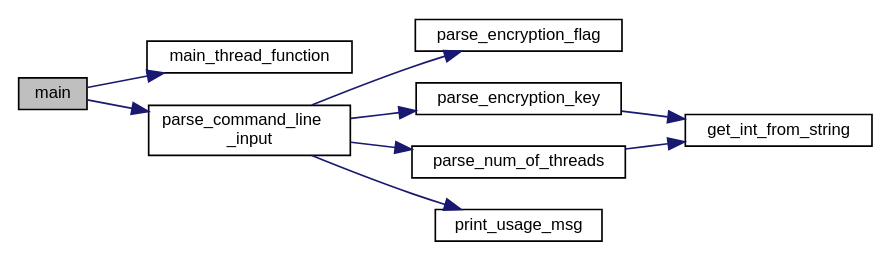
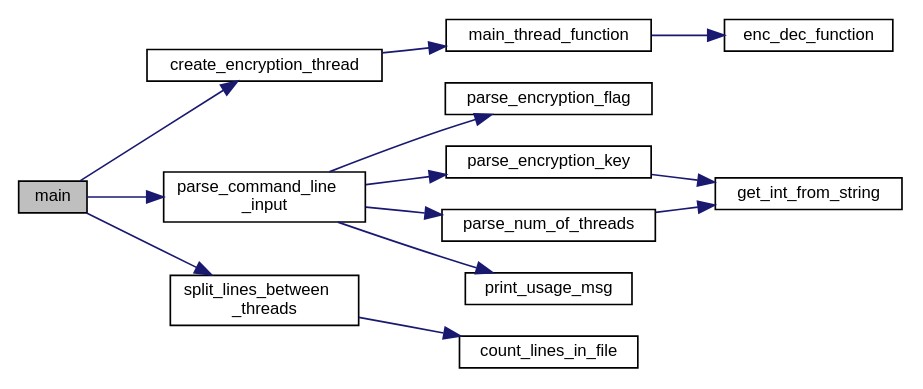
One commit to LevyMatan/ISP_ex2_doc changed the diagram in ceasar_8c_a0ddf1224851353fc92bfbff6f499fa97_cgraph.dot. Above: the diagram before and after it, drawn with Graphviz. The commit also changed 145 other files, not shown here.

```diff
--- a/ceasar_8c_a0ddf1224851353fc92bfbff6f499fa97_cgraph.dot
+++ b/ceasar_8c_a0ddf1224851353fc92bfbff6f499fa97_cgraph.dot
@@ -1,24 +1,32 @@
 digraph "main"
 {
  // INTERACTIVE_SVG=YES
  // LATEX_PDF_SIZE
   edge [fontname="Helvetica",fontsize="10",labelfontname="Helvetica",labelfontsize="10"];
   node [fontname="Helvetica",fontsize="10",shape=record];
   rankdir="LR";
   Node1 [label="main",height=0.2,width=0.4,color="black", fillcolor="grey75", style="filled", fontcolor="black",tooltip="Encrypts or decrypts a message from a file."];
   Node1 -> Node2 [color="midnightblue",fontsize="10",style="solid",fontname="Helvetica"];
-  Node2 [label="main_thread_function",height=0.2,width=0.4,color="black", fillcolor="white", style="filled",URL="$ceasar_8c.html#aa93e444869e63b9670ab781c0dcfdc0b",tooltip="TODO: Vladimir - Fill detailed description of the function. This info should include both calling ins..."];
-  Node1 -> Node3 [color="midnightblue",fontsize="10",style="solid",fontname="Helvetica"];
-  Node3 [label="parse_command_line\l_input",height=0.2,width=0.4,color="black", fillcolor="white", style="filled",URL="$command__line__parsing_8c.html#a7a13f0dfd36addcfec438077d15dd898",tooltip="parsing the command line, validates input integrity and fills the arg structure. CAUTION: This functi..."];
+  Node2 [label="create_encryption_thread",height=0.2,width=0.4,color="black", fillcolor="white", style="filled",URL="$ceasar_8c.html#a974c632b3fd596bdbcea64f6b7bebb05",tooltip="Create a encryption thread object A wrapper to main_thread_fucntion which does the actual encryption ..."];
+  Node2 -> Node3 [color="midnightblue",fontsize="10",style="solid",fontname="Helvetica"];
+  Node3 [label="main_thread_function",height=0.2,width=0.4,color="black", fillcolor="white", style="filled",URL="$ceasar_8c.html#aba99dfe8486be1aa10c6fe1f8bc21577",tooltip="TODO: Vladimir - Fill detailed description of the function. This info should include both calling ins..."];
   Node3 -> Node4 [color="midnightblue",fontsize="10",style="solid",fontname="Helvetica"];
-  Node4 [label="parse_encryption_flag",height=0.2,width=0.4,color="black", fillcolor="white", style="filled",URL="$command__line__parsing_8c.html#ad2694b3357723eb17df26f215281b0f7",tooltip="converts string to mode. Validates string is one of the allowed flags \"-e\" or \"-d\"."];
-  Node3 -> Node5 [color="midnightblue",fontsize="10",style="solid",fontname="Helvetica"];
-  Node5 [label="parse_encryption_key",height=0.2,width=0.4,color="black", fillcolor="white", style="filled",URL="$command__line__parsing_8c.html#aa7ac972d9fe42180a802bb9bd2fa6113",tooltip="Extracts encryption key integer from string."];
+  Node4 [label="enc_dec_function",height=0.2,width=0.4,color="black", fillcolor="white", style="filled",URL="$enc__dec__function_8c.html#a413faf403e96504269bd8ed0336ae927",tooltip="TODO: Vladimir."];
+  Node1 -> Node5 [color="midnightblue",fontsize="10",style="solid",fontname="Helvetica"];
+  Node5 [label="parse_command_line\l_input",height=0.2,width=0.4,color="black", fillcolor="white", style="filled",URL="$command__line__parsing_8c.html#a7a13f0dfd36addcfec438077d15dd898",tooltip="parsing the command line, validates input integrity and fills the arg structure. CAUTION: This functi..."];
   Node5 -> Node6 [color="midnightblue",fontsize="10",style="solid",fontname="Helvetica"];
-  Node6 [label="get_int_from_string",height=0.2,width=0.4,color="black", fillcolor="white", style="filled",URL="$command__line__parsing_8c.html#aa4965c76b8fecd2e444ff58293f1ff09",tooltip="Get the int from string object extract digits character from string."];
-  Node3 -> Node7 [color="midnightblue",fontsize="10",style="solid",fontname="Helvetica"];
-  Node7 [label="parse_num_of_threads",height=0.2,width=0.4,color="black", fillcolor="white", style="filled",URL="$command__line__parsing_8c.html#a0e2ff4f77b75fe9fa4a66fa484344b35",tooltip="converts string to int. Validates string has only numbers."];
-  Node7 -> Node6 [color="midnightblue",fontsize="10",style="solid",fontname="Helvetica"];
-  Node3 -> Node8 [color="midnightblue",fontsize="10",style="solid",fontname="Helvetica"];
-  Node8 [label="print_usage_msg",height=0.2,width=0.4,color="black", fillcolor="white", style="filled",URL="$command__line__parsing_8c.html#a3e2c45f563fe312051564da5922fc741",tooltip="print the command line usage for Ceasar program."];
+  Node6 [label="parse_encryption_flag",height=0.2,width=0.4,color="black", fillcolor="white", style="filled",URL="$command__line__parsing_8c.html#ad2694b3357723eb17df26f215281b0f7",tooltip="converts string to mode. Validates string is one of the allowed flags \"-e\" or \"-d\"."];
+  Node5 -> Node7 [color="midnightblue",fontsize="10",style="solid",fontname="Helvetica"];
+  Node7 [label="parse_encryption_key",height=0.2,width=0.4,color="black", fillcolor="white", style="filled",URL="$command__line__parsing_8c.html#aa7ac972d9fe42180a802bb9bd2fa6113",tooltip="Extracts encryption key integer from string."];
+  Node7 -> Node8 [color="midnightblue",fontsize="10",style="solid",fontname="Helvetica"];
+  Node8 [label="get_int_from_string",height=0.2,width=0.4,color="black", fillcolor="white", style="filled",URL="$command__line__parsing_8c.html#aa4965c76b8fecd2e444ff58293f1ff09",tooltip="Get the int from string object extract digits character from string."];
+  Node5 -> Node9 [color="midnightblue",fontsize="10",style="solid",fontname="Helvetica"];
+  Node9 [label="parse_num_of_threads",height=0.2,width=0.4,color="black", fillcolor="white", style="filled",URL="$command__line__parsing_8c.html#a0e2ff4f77b75fe9fa4a66fa484344b35",tooltip="converts string to int. Validates string has only numbers."];
+  Node9 -> Node8 [color="midnightblue",fontsize="10",style="solid",fontname="Helvetica"];
+  Node5 -> Node10 [color="midnightblue",fontsize="10",style="solid",fontname="Helvetica"];
+  Node10 [label="print_usage_msg",height=0.2,width=0.4,color="black", fillcolor="white", style="filled",URL="$command__line__parsing_8c.html#a3e2c45f563fe312051564da5922fc741",tooltip="print the command line usage for Ceasar program."];
+  Node1 -> Node11 [color="midnightblue",fontsize="10",style="solid",fontname="Helvetica"];
+  Node11 [label="split_lines_between\l_threads",height=0.2,width=0.4,color="black", fillcolor="white", style="filled",URL="$ceasar_8c.html#aea7f4beae607ecf057074dff358027c6",tooltip="Splits the file for farther proccessing by deviding its lines equally to the threads...."];
+  Node11 -> Node12 [color="midnightblue",fontsize="10",style="solid",fontname="Helvetica"];
+  Node12 [label="count_lines_in_file",height=0.2,width=0.4,color="black", fillcolor="white", style="filled",URL="$ceasar_8c.html#a8bcaf04af684ba051ad07552315a1035",tooltip="counts the number of lines in the file, that is, number of ' ' characters + 1 for the first line...."];
 }
```
